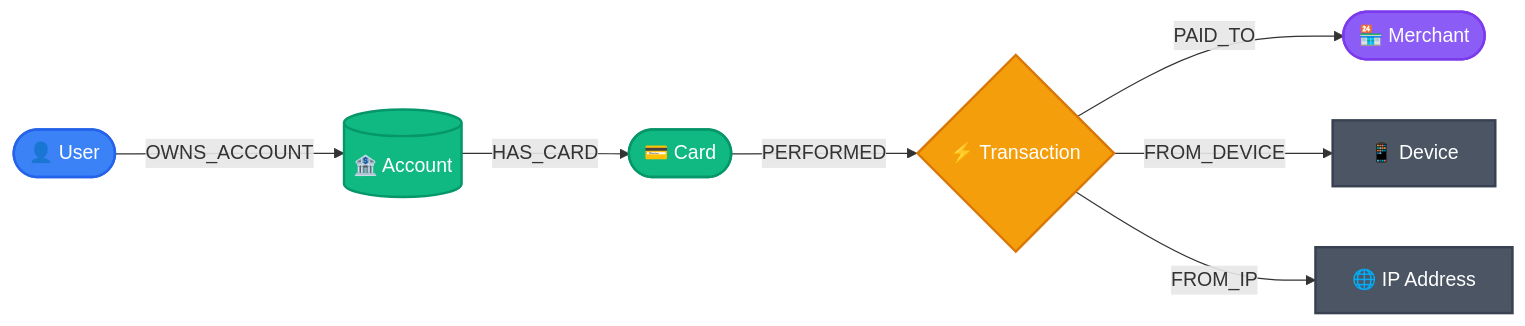
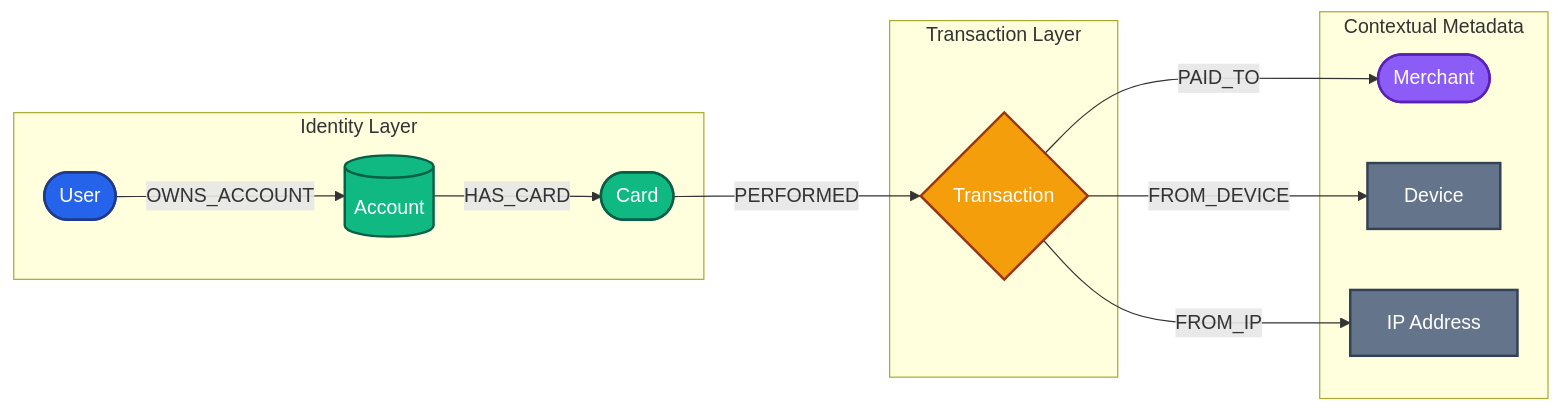
One commit to cesareauricchio/neoFraudJ changed the diagram in README.md. Above: the diagram before and after it, drawn with Mermaid. The commit also changed other lines of this file and 3 other files, not shown here.

````diff
--- a/README.md
+++ b/README.md
@@ -92,23 +94,31 @@
 ```mermaid
 graph LR
-    classDef user fill:#3b82f6,stroke:#2563eb,stroke-width:2px,color:#fff;
-    classDef finance fill:#10b981,stroke:#059669,stroke-width:2px,color:#fff;
-    classDef event fill:#f59e0b,stroke:#d97706,stroke-width:2px,color:#fff;
-    classDef target fill:#8b5cf6,stroke:#7c3aed,stroke-width:2px,color:#fff;
-    classDef tech fill:#4b5563,stroke:#374151,stroke-width:2px,color:#fff;
+    subgraph Identity [Identity Layer]
+        U([User]):::user
+        A[(Account)]:::finance
+        C([Card]):::finance
+    end
 
-    U([👤 User]):::user
-    A[(🏦 Account)]:::finance
-    C([💳 Card]):::finance
-    T{⚡ Transaction}:::event
-    M([🏪 Merchant]):::target
-    D[📱 Device]:::tech
-    IP[🌐 IP Address]:::tech
+    subgraph Activity [Transaction Layer]
+        T{Transaction}:::event
+    end
+
+    subgraph Metadata [Contextual Metadata]
+        M([Merchant]):::target
+        D[Device]:::tech
+        IP[IP Address]:::tech
+    end
 
     U -- "OWNS_ACCOUNT" --> A
     A -- "HAS_CARD" --> C
     C -- "PERFORMED" --> T
     T -- "PAID_TO" --> M
     T -- "FROM_DEVICE" --> D
     T -- "FROM_IP" --> IP
+
+    classDef user fill:#2563eb,stroke:#1e3a8a,stroke-width:2px,color:#fff;
+    classDef finance fill:#10b981,stroke:#065f46,stroke-width:2px,color:#fff;
+    classDef event fill:#f59e0b,stroke:#9a3412,stroke-width:2px,color:#fff;
+    classDef target fill:#8b5cf6,stroke:#5b21b6,stroke-width:2px,color:#fff;
+    classDef tech fill:#64748b,stroke:#334155,stroke-width:2px,color:#fff;
 ```
````
